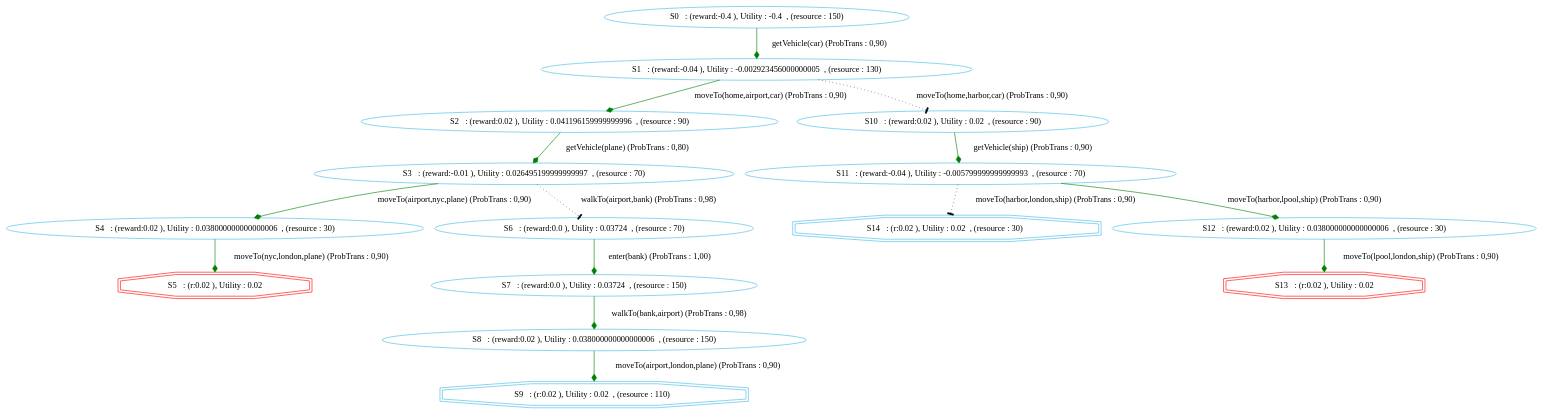
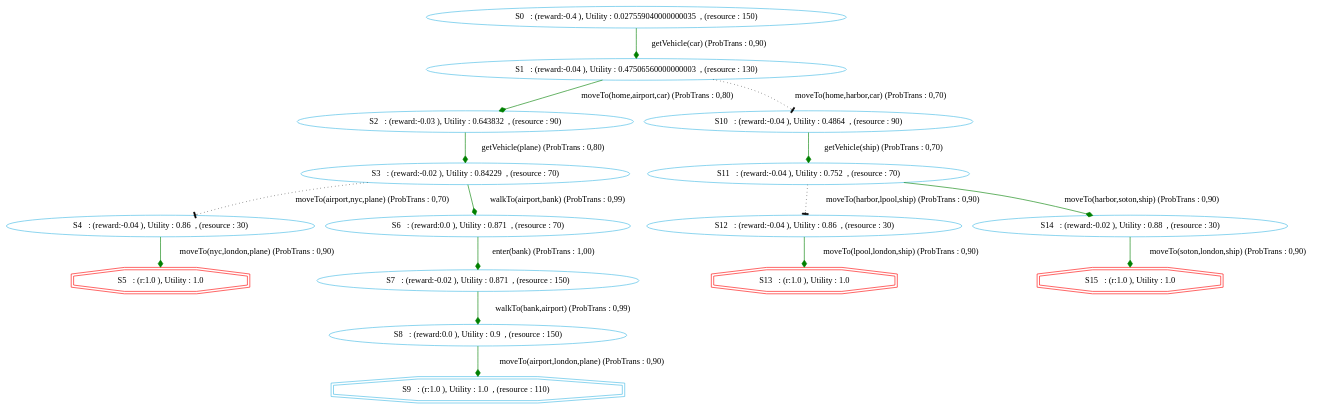
The diagram in chimp/src/main/java/examples/MDP/gotolondon/gotolondonGraphVICHIMP0.dot (htiraHatem/CHIMP_MDP), drawn with Graphviz before and after one commit. The commit also changed 3 other files, not shown here.

Commit message:
decrease state's reward ( resource inconsistent)

```diff
--- a/chimp/src/main/java/examples/MDP/gotolondon/gotolondonGraphVICHIMP0.dot
+++ b/chimp/src/main/java/examples/MDP/gotolondon/gotolondonGraphVICHIMP0.dot
@@ -1,22 +1,23 @@
 digraph {
   node [color="#40b9e5" ]
  size="60,17";
-"5" [label=" S5   : (r:0.02 ), Utility : 0.02 " color = red ,  shape=doubleoctagon]
-"9" [label=" S9   : (r:0.02 ), Utility : 0.02  , (resource : 110)  " shape=doubleoctagon];
-"13" [label=" S13   : (r:0.02 ), Utility : 0.02 " color = red ,  shape=doubleoctagon]
-"14" [label=" S14   : (r:0.02 ), Utility : 0.02  , (resource : 30)  " shape=doubleoctagon];
-"0" [label=" S0   : (reward:-0.4 ), Utility : -0.4  , (resource : 150) "]"1" [label=" S1   : (reward:-0.04 ), Utility : -0.002923456000000005  , (resource : 130) "]"2" [label=" S2   : (reward:0.02 ), Utility : 0.041196159999999996  , (resource : 90) "]"3" [label=" S3   : (reward:-0.01 ), Utility : 0.026495199999999997  , (resource : 70) "]"4" [label=" S4   : (reward:0.02 ), Utility : 0.038000000000000006  , (resource : 30) "]"6" [label=" S6   : (reward:0.0 ), Utility : 0.03724  , (resource : 70) "]"7" [label=" S7   : (reward:0.0 ), Utility : 0.03724  , (resource : 150) "]"8" [label=" S8   : (reward:0.02 ), Utility : 0.038000000000000006  , (resource : 150) "]"10" [label=" S10   : (reward:0.02 ), Utility : 0.02  , (resource : 90) "]"11" [label=" S11   : (reward:-0.04 ), Utility : -0.005799999999999993  , (resource : 70) "]"12" [label=" S12   : (reward:0.02 ), Utility : 0.038000000000000006  , (resource : 30) "]"0" -> "1" [ label="getVehicle(car) (ProbTrans : 0,90)"
-, arrowhead = diamond , color=green];"1" -> "2" [ label="moveTo(home,airport,car) (ProbTrans : 0,90)"
-, arrowhead = diamond , color=green];"1" -> "10" [ label="moveTo(home,harbor,car) (ProbTrans : 0,90)"
+"5" [label=" S5   : (r:1.0 ), Utility : 1.0 " color = red ,  shape=doubleoctagon]
+"9" [label=" S9   : (r:1.0 ), Utility : 1.0  , (resource : 110)  " shape=doubleoctagon];
+"13" [label=" S13   : (r:1.0 ), Utility : 1.0 " color = red ,  shape=doubleoctagon]
+"15" [label=" S15   : (r:1.0 ), Utility : 1.0 " color = red ,  shape=doubleoctagon]
+"0" [label=" S0   : (reward:-0.4 ), Utility : 0.027559040000000035  , (resource : 150) "]"1" [label=" S1   : (reward:-0.04 ), Utility : 0.47506560000000003  , (resource : 130) "]"2" [label=" S2   : (reward:-0.03 ), Utility : 0.643832  , (resource : 90) "]"3" [label=" S3   : (reward:-0.02 ), Utility : 0.84229  , (resource : 70) "]"4" [label=" S4   : (reward:-0.04 ), Utility : 0.86  , (resource : 30) "]"6" [label=" S6   : (reward:0.0 ), Utility : 0.871  , (resource : 70) "]"7" [label=" S7   : (reward:-0.02 ), Utility : 0.871  , (resource : 150) "]"8" [label=" S8   : (reward:0.0 ), Utility : 0.9  , (resource : 150) "]"10" [label=" S10   : (reward:-0.04 ), Utility : 0.4864  , (resource : 90) "]"11" [label=" S11   : (reward:-0.04 ), Utility : 0.752  , (resource : 70) "]"12" [label=" S12   : (reward:-0.04 ), Utility : 0.86  , (resource : 30) "]"14" [label=" S14   : (reward:-0.02 ), Utility : 0.88  , (resource : 30) "]"0" -> "1" [ label="getVehicle(car) (ProbTrans : 0,90)"
+, arrowhead = diamond , color=green];"1" -> "2" [ label="moveTo(home,airport,car) (ProbTrans : 0,80)"
+, arrowhead = diamond , color=green];"1" -> "10" [ label="moveTo(home,harbor,car) (ProbTrans : 0,70)"
 ,style=dotted, arrowhead=tee];"2" -> "3" [ label="getVehicle(plane) (ProbTrans : 0,80)"
-, arrowhead = diamond , color=green];"3" -> "4" [ label="moveTo(airport,nyc,plane) (ProbTrans : 0,90)"
-, arrowhead = diamond , color=green];"3" -> "6" [ label="walkTo(airport,bank) (ProbTrans : 0,98)"
-,style=dotted, arrowhead=tee];"4" -> "5" [ label="moveTo(nyc,london,plane) (ProbTrans : 0,90)"
+, arrowhead = diamond , color=green];"3" -> "4" [ label="moveTo(airport,nyc,plane) (ProbTrans : 0,70)"
+,style=dotted, arrowhead=tee];"3" -> "6" [ label="walkTo(airport,bank) (ProbTrans : 0,99)"
+, arrowhead = diamond , color=green];"4" -> "5" [ label="moveTo(nyc,london,plane) (ProbTrans : 0,90)"
 , arrowhead = diamond , color=green];"6" -> "7" [ label="enter(bank) (ProbTrans : 1,00)"
-, arrowhead = diamond , color=green];"7" -> "8" [ label="walkTo(bank,airport) (ProbTrans : 0,98)"
+, arrowhead = diamond , color=green];"7" -> "8" [ label="walkTo(bank,airport) (ProbTrans : 0,99)"
 , arrowhead = diamond , color=green];"8" -> "9" [ label="moveTo(airport,london,plane) (ProbTrans : 0,90)"
-, arrowhead = diamond , color=green];"10" -> "11" [ label="getVehicle(ship) (ProbTrans : 0,90)"
+, arrowhead = diamond , color=green];"10" -> "11" [ label="getVehicle(ship) (ProbTrans : 0,70)"
 , arrowhead = diamond , color=green];"11" -> "12" [ label="moveTo(harbor,lpool,ship) (ProbTrans : 0,90)"
-, arrowhead = diamond , color=green];"11" -> "14" [ label="moveTo(harbor,london,ship) (ProbTrans : 0,90)"
-,style=dotted, arrowhead=tee];"12" -> "13" [ label="moveTo(lpool,london,ship) (ProbTrans : 0,90)"
+,style=dotted, arrowhead=tee];"11" -> "14" [ label="moveTo(harbor,soton,ship) (ProbTrans : 0,90)"
+, arrowhead = diamond , color=green];"12" -> "13" [ label="moveTo(lpool,london,ship) (ProbTrans : 0,90)"
+, arrowhead = diamond , color=green];"14" -> "15" [ label="moveTo(soton,london,ship) (ProbTrans : 0,90)"
 , arrowhead = diamond , color=green];}
```
